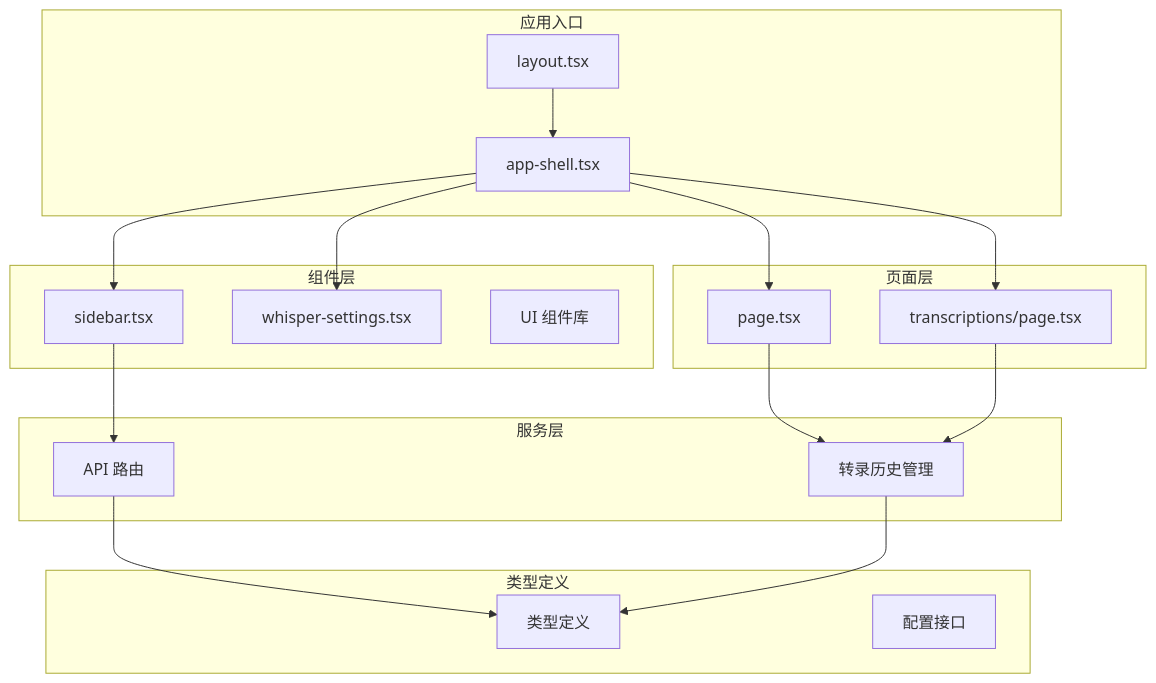
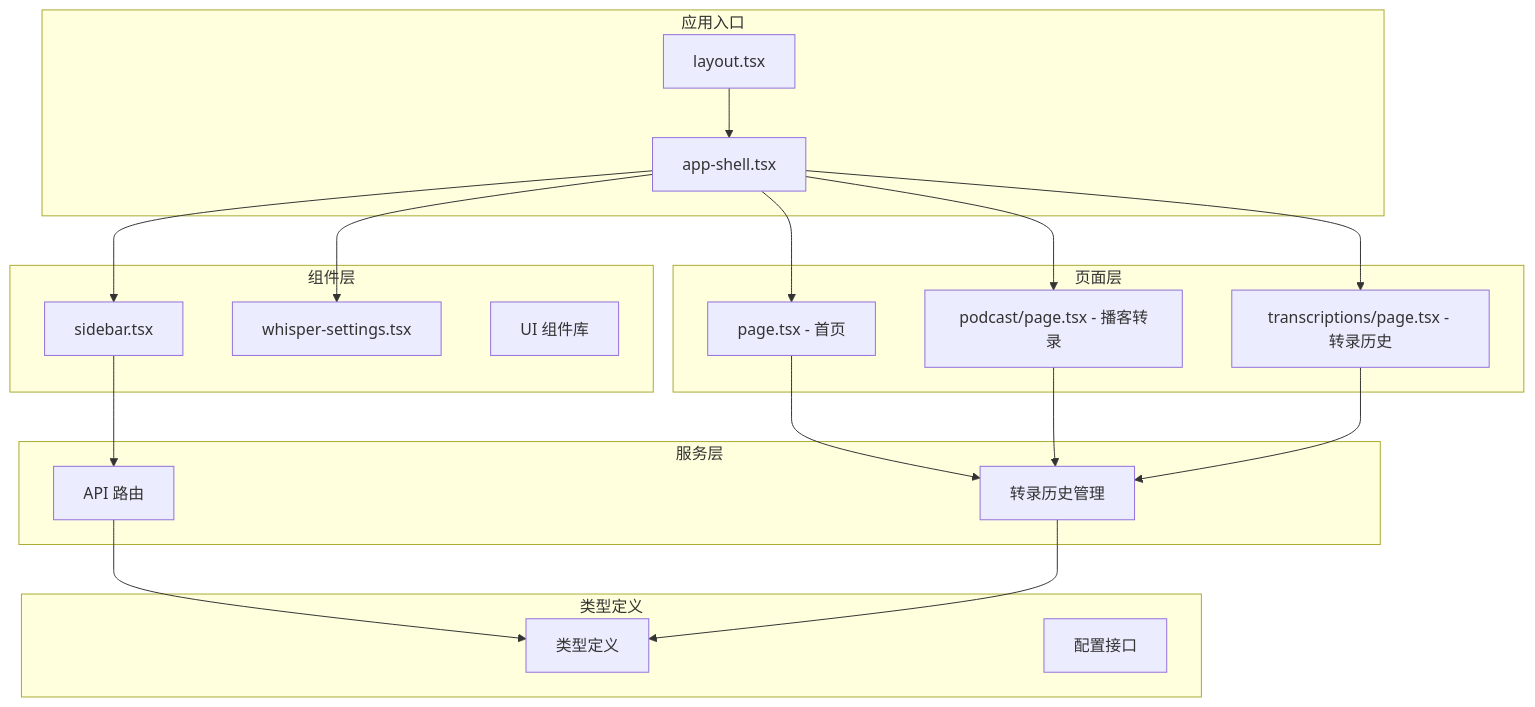
Before and after one commit to clawbotai/memo-flow: the first of 11 diagrams in .qoder/repowiki/zh/content/Sidebar Enhancement.md, drawn with Mermaid. The commit also changed other lines of this file and 14 other files, not shown here.

````diff
--- a/.qoder/repowiki/zh/content/Sidebar Enhancement.md
+++ b/.qoder/repowiki/zh/content/Sidebar Enhancement.md
@@ -43,34 +53,37 @@
 ```mermaid
 graph TB
 subgraph "应用入口"
 Layout[layout.tsx]
 Shell[app-shell.tsx]
 end
 subgraph "组件层"
 Sidebar[sidebar.tsx]
 Settings[whisper-settings.tsx]
 UIComponents[UI 组件库]
 end
 subgraph "页面层"
-HomePage[page.tsx]
-TranscriptionsPage[transcriptions/page.tsx]
+HomePage[page.tsx - 首页]
+PodcastPage[podcast/page.tsx - 播客转录]
+TranscriptionsPage[transcriptions/page.tsx - 转录历史]
 end
 subgraph "服务层"
 API[API 路由]
 History[转录历史管理]
 end
 subgraph "类型定义"
 Types[类型定义]
 Config[配置接口]
 end
 Layout --> Shell
 Shell --> Sidebar
 Shell --> Settings
 Shell --> HomePage
+Shell --> PodcastPage
 Shell --> TranscriptionsPage
 Sidebar --> API
 HomePage --> History
+PodcastPage --> History
 TranscriptionsPage --> History
 API --> Types
 History --> Types
 ```
````
